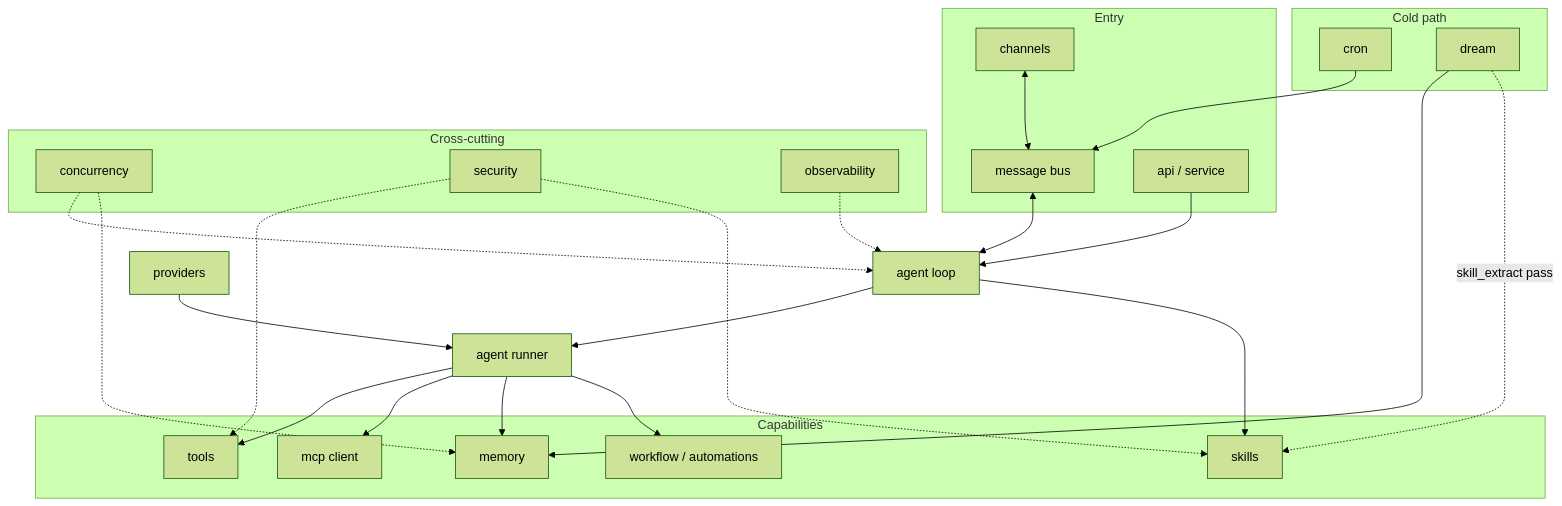
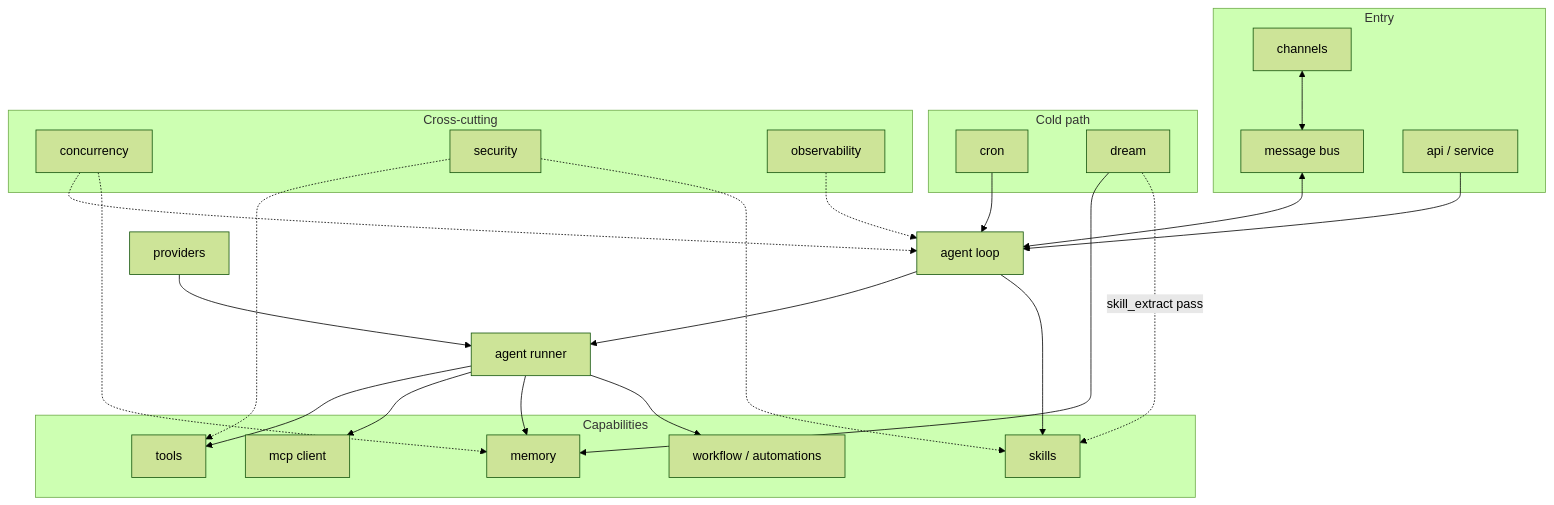
One commit to mmarmol/durin changed the diagram in docs/internals/README.md. Above: the diagram before and after it, drawn with Mermaid (forest theme). The commit also changed other lines of this file and 38 other files, not shown here.

````diff
--- a/docs/internals/README.md
+++ b/docs/internals/README.md
@@ -78,51 +78,51 @@
 ```mermaid
 flowchart TB
     subgraph entry["Entry"]
         CH["channels"]
         BUS["message bus"]
         API["api / service"]
     end
 
     LOOP["agent loop"]
     RUNNER["agent runner"]
     PROV["providers"]
 
     subgraph caps["Capabilities"]
         TOOLS["tools"]
         MCP["mcp client"]
         MEM["memory"]
         SKILLS["skills"]
         WF["workflow / automations"]
     end
 
     subgraph coldpath["Cold path"]
         CRON["cron"]
         DREAM["dream"]
     end
 
     subgraph crosscut["Cross-cutting"]
         CONC["concurrency"]
         SEC["security"]
         OBS["observability"]
     end
 
     CH <--> BUS
     BUS <--> LOOP
     API --> LOOP
     LOOP --> RUNNER
     PROV --> RUNNER
     RUNNER --> TOOLS
     RUNNER --> MCP
     RUNNER --> MEM
     LOOP --> SKILLS
     RUNNER --> WF
-    CRON --> BUS
+    CRON --> LOOP
     DREAM --> MEM
     DREAM -."skill_extract pass".-> SKILLS
 
     CONC -.-> LOOP
     CONC -.-> MEM
     SEC -.-> TOOLS
     SEC -.-> SKILLS
     OBS -.-> LOOP
 ```
````
